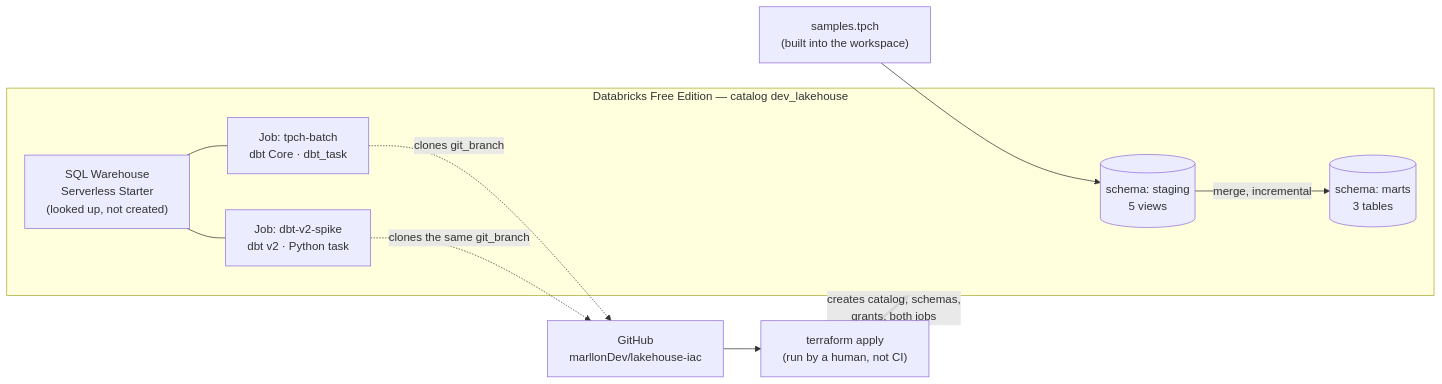
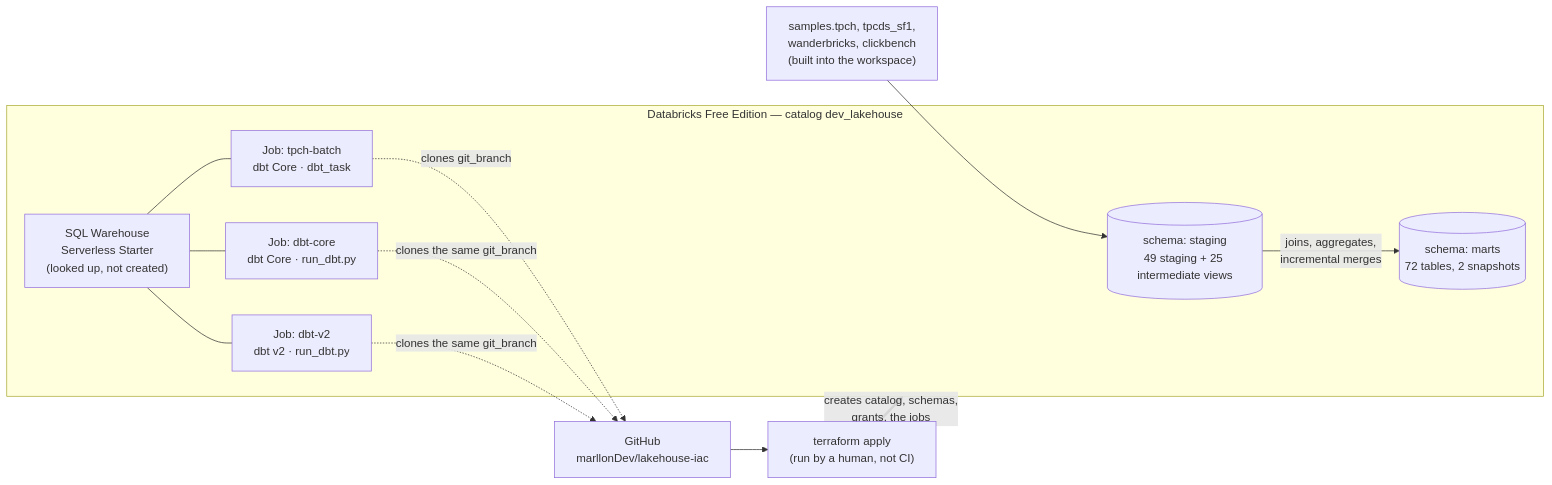
One commit to marllonDev/lakehouse-iac changed the first of 3 diagrams in ARCHITECTURE.md. Above: the diagram before and after it, drawn with Mermaid. The commit also changed other lines of this file and 4 other files, not shown here.

````diff
--- a/ARCHITECTURE.md
+++ b/ARCHITECTURE.md
@@ -15,25 +15,28 @@
 ```mermaid
 flowchart LR
     repo["GitHub<br/>marllonDev/lakehouse-iac"]
     human["terraform apply<br/>(run by a human, not CI)"]
 
     subgraph dbx ["Databricks Free Edition — catalog dev_lakehouse"]
-        staging[("schema: staging<br/>5 views")]
-        marts[("schema: marts<br/>3 tables")]
+        staging[("schema: staging<br/>49 staging + 25 intermediate views")]
+        marts[("schema: marts<br/>72 tables, 2 snapshots")]
         wh["SQL Warehouse<br/>Serverless Starter<br/>(looked up, not created)"]
-        corejob["Job: tpch-batch<br/>dbt Core · dbt_task"]
-        v2job["Job: dbt-v2-spike<br/>dbt v2 · Python task"]
+        nativejob["Job: tpch-batch<br/>dbt Core · dbt_task"]
+        corejob["Job: dbt-core<br/>dbt Core · run_dbt.py"]
+        v2job["Job: dbt-v2<br/>dbt v2 · run_dbt.py"]
     end
 
-    tpch["samples.tpch<br/>(built into the workspace)"]
+    samples["samples.tpch, tpcds_sf1,<br/>wanderbricks, clickbench<br/>(built into the workspace)"]
 
     repo --> human
-    human ==>|"creates catalog, schemas,<br/>grants, both jobs"| dbx
-    corejob -.->|"clones git_branch"| repo
+    human ==>|"creates catalog, schemas,<br/>grants, the jobs"| dbx
+    nativejob -.->|"clones git_branch"| repo
+    corejob -.->|"clones the same git_branch"| repo
     v2job -.->|"clones the same git_branch"| repo
 
-    tpch --> staging
-    staging -->|"merge, incremental"| marts
+    samples --> staging
+    staging -->|"joins, aggregates,<br/>incremental merges"| marts
+    wh --- nativejob
     wh --- corejob
     wh --- v2job
 ```
````
